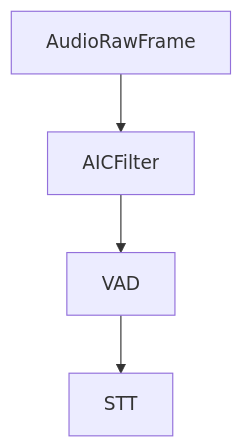
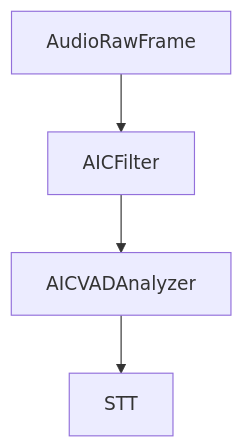
One commit to roboalchemist/llm-code-docs changed the diagram in docs/llms-txt/pipecat/aic-filter.md. Above: the diagram before and after it, drawn with Mermaid. The commit also changed other lines of this file and 27893 other files, not shown here.

````diff
--- a/docs/llms-txt/pipecat/aic-filter.md
+++ b/docs/llms-txt/pipecat/aic-filter.md
@@ -79,6 +227,6 @@
 ```mermaid  theme={null}
 graph TD
     A[AudioRawFrame] --> B[AICFilter]
-    B[AICFilter] --> C[VAD]
-    C[VAD] --> D[STT]
+    B --> C[AICVADAnalyzer]
+    C --> D[STT]
 ```
````
